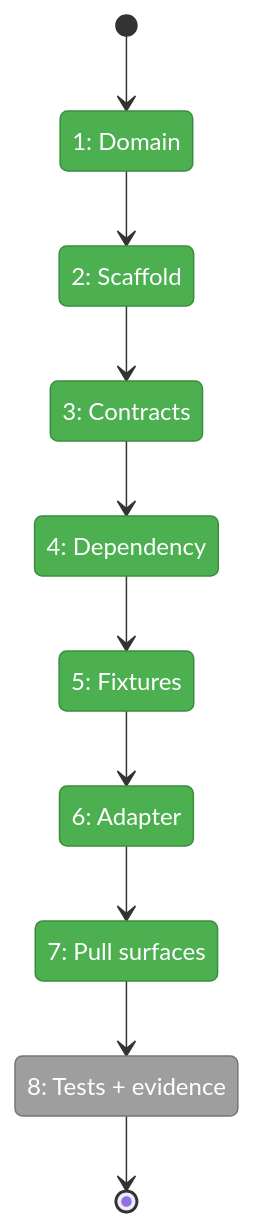
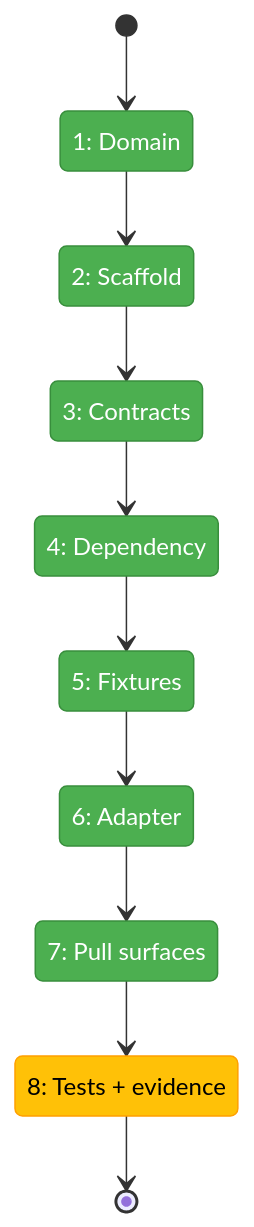
The first of 2 diagrams in docs/plans/007-options-for-pi-extensions-that-do-subagents/tasks/phase-1-minih-inventory-artifact-adapter/tasks.fltplan.md (vaughanknight/pij), drawn with Mermaid before and after one commit. The commit also changed other lines of this file and 3 other files, not shown here.

````diff
--- a/docs/plans/007-options-for-pi-extensions-that-do-subagents/tasks/phase-1-minih-inventory-artifact-adapter/tasks.fltplan.md
+++ b/docs/plans/007-options-for-pi-extensions-that-do-subagents/tasks/phase-1-minih-inventory-artifact-adapter/tasks.fltplan.md
@@ -42,29 +42,29 @@
 ```mermaid
 stateDiagram-v2
     classDef pending fill:#9E9E9E,stroke:#757575,color:#fff
     classDef active fill:#FFC107,stroke:#FFA000,color:#000
     classDef done fill:#4CAF50,stroke:#388E3C,color:#fff
     classDef blocked fill:#F44336,stroke:#D32F2F,color:#fff
 
     state "1: Domain" as S1
     state "2: Scaffold" as S2
     state "3: Contracts" as S3
     state "4: Dependency" as S4
     state "5: Fixtures" as S5
     state "6: Adapter" as S6
     state "7: Pull surfaces" as S7
     state "8: Tests + evidence" as S8
 
     [*] --> S1
     S1 --> S2
     S2 --> S3
     S3 --> S4
     S4 --> S5
     S5 --> S6
     S6 --> S7
     S7 --> S8
     S8 --> [*]
 
     class S1,S2,S3,S4,S5,S6,S7 done
-    class S8 pending
+    class S8 active
 ```
````
